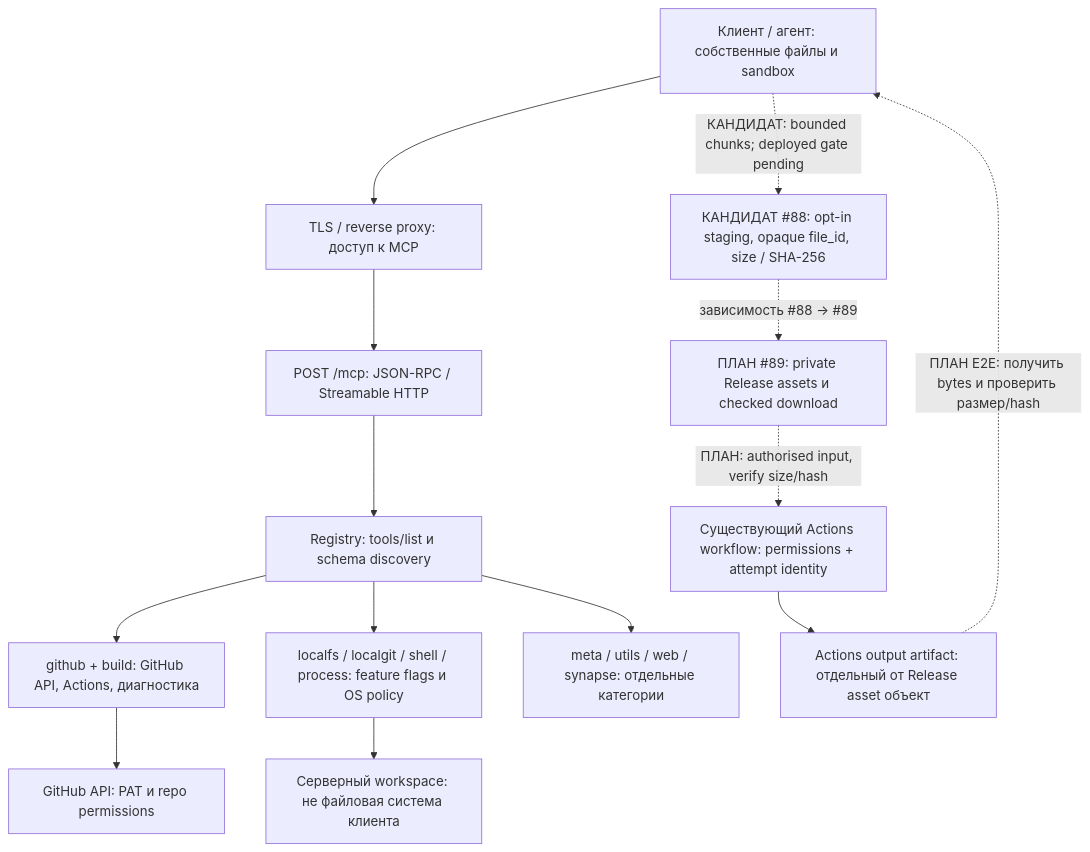
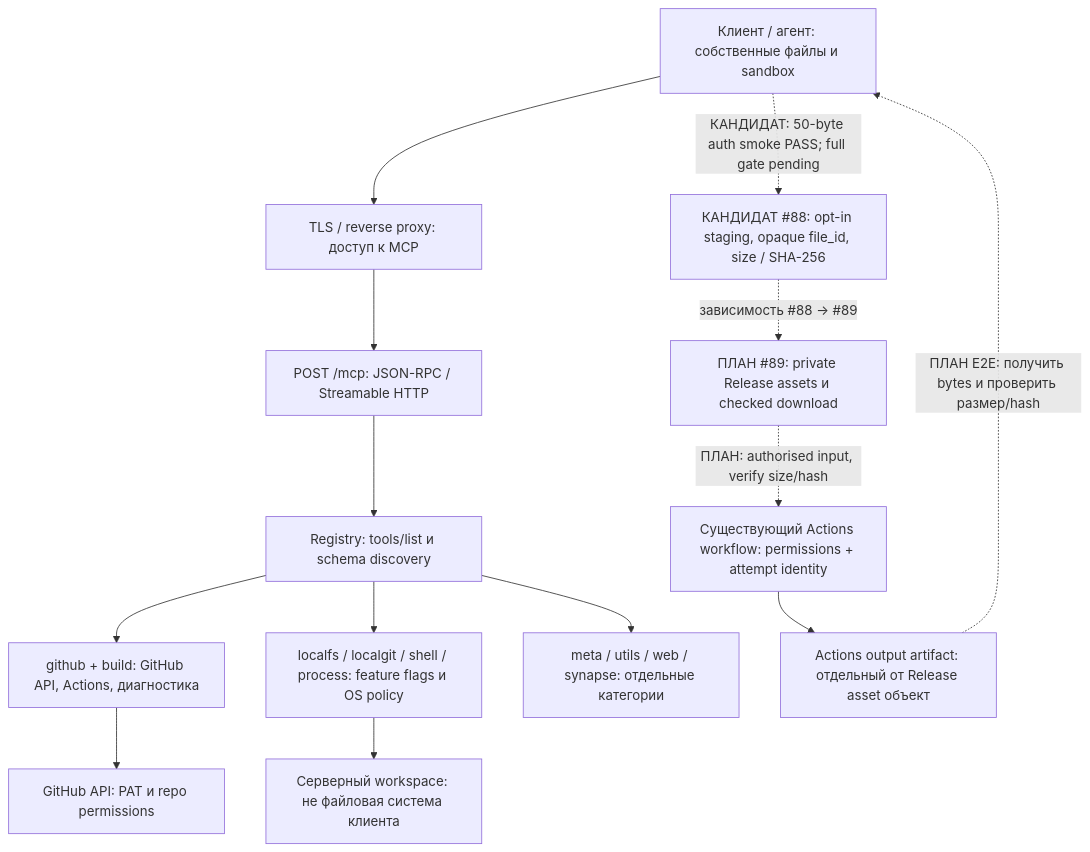
The diagram in docs/project-map.md (LeonidYasin/mcp-server), drawn with Mermaid before and after one commit.

Commit message:
docs: align architecture edge with partial deployed upload proof

````diff
--- a/docs/project-map.md
+++ b/docs/project-map.md
@@ -7,25 +7,25 @@
 ```mermaid
 flowchart TD
     Client["Клиент / агент: собственные файлы и sandbox"]
     Proxy["TLS / reverse proxy: доступ к MCP"]
     Transport["POST /mcp: JSON-RPC / Streamable HTTP"]
     Registry["Registry: tools/list и schema discovery"]
     Github["github + build: GitHub API, Actions, диагностика"]
     Local["localfs / localgit / shell / process: feature flags и OS policy"]
     Other["meta / utils / web / synapse: отдельные категории"]
     API["GitHub API: PAT и repo permissions"]
     Workspace["Серверный workspace: не файловая система клиента"]
     Stage["КАНДИДАТ #88: opt-in staging, opaque file_id, size / SHA-256"]
     Assets["ПЛАН #89: private Release assets и checked download"]
     Actions["Существующий Actions workflow: permissions + attempt identity"]
     Output["Actions output artifact: отдельный от Release asset объект"]
     Client --> Proxy --> Transport --> Registry
     Registry --> Github --> API
     Registry --> Local --> Workspace
     Registry --> Other
-    Client -. "КАНДИДАТ: bounded chunks; deployed gate pending" .-> Stage
+    Client -. "КАНДИДАТ: 50-byte auth smoke PASS; full gate pending" .-> Stage
     Stage -. "зависимость #88 → #89" .-> Assets
     Assets -. "ПЛАН: authorised input, verify size/hash" .-> Actions
     Actions --> Output
     Output -. "ПЛАН E2E: получить bytes и проверить размер/hash" .-> Client
 ```
````
